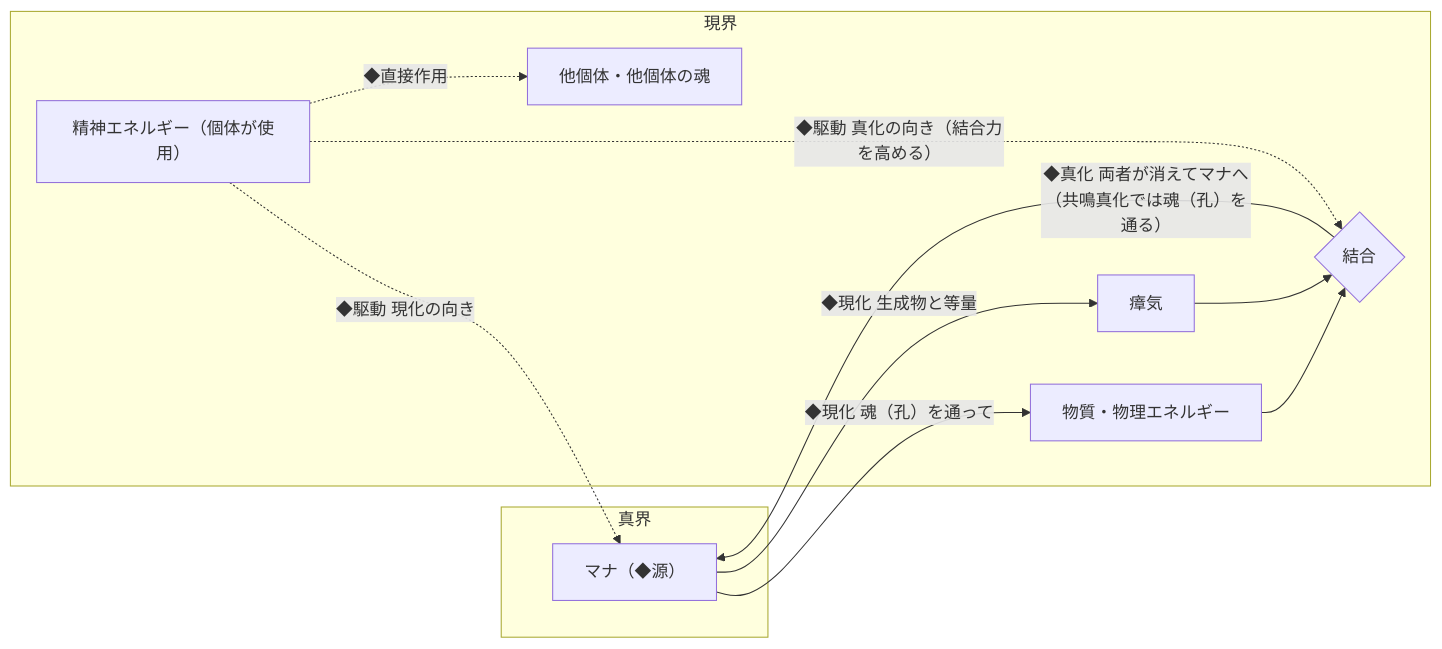
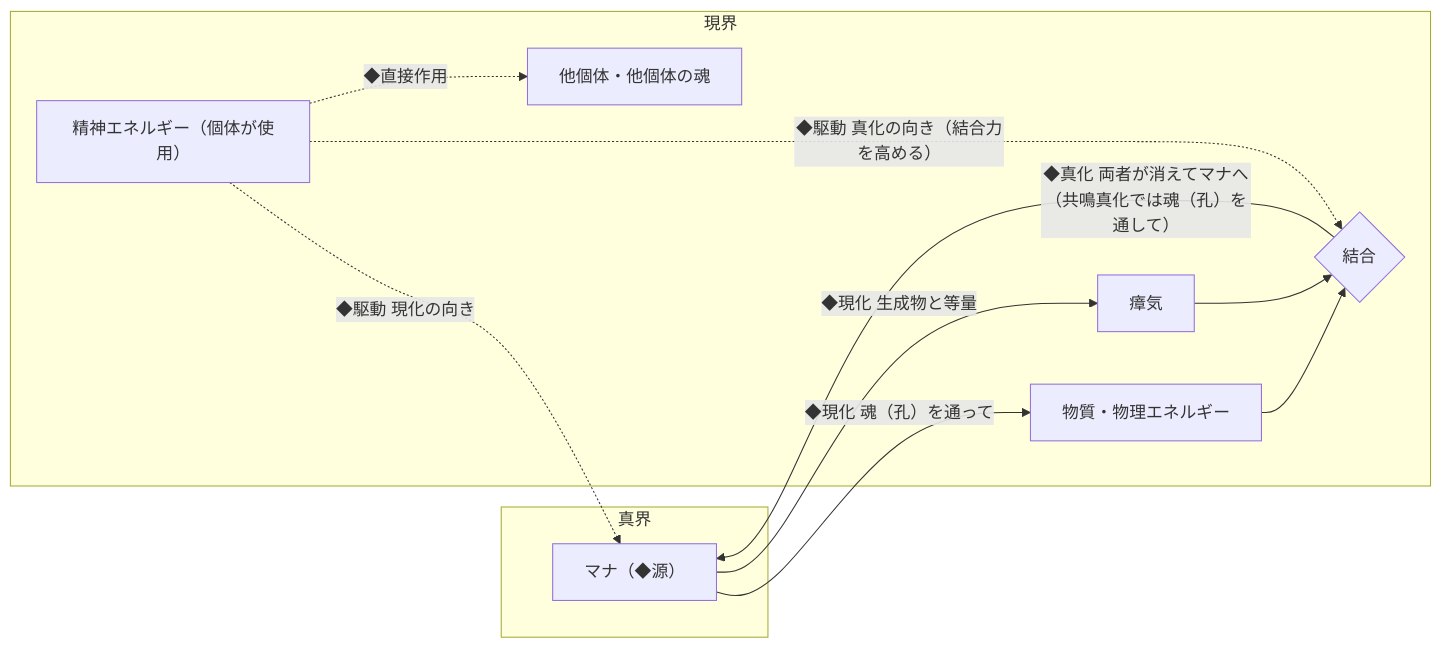
One commit to nnnstett/WorldMaterial_Mana changed the diagram in world/README.md. Above: the diagram before and after it, drawn with Mermaid. The commit also changed other lines of this file and 7 other files, not shown here.

````diff
--- a/world/README.md
+++ b/world/README.md
@@ -23,21 +23,21 @@
 ```mermaid
 flowchart LR
   subgraph S["真界"]
     M["マナ（◆源）"]
   end
   subgraph G["現界"]
     P["物質・物理エネルギー"]
     Z["瘴気"]
     B{"結合"}
     E["精神エネルギー（個体が使用）"]
     O["他個体・他個体の魂"]
   end
   M -->|"◆現化 魂（孔）を通って"| P
   M -->|"◆現化 生成物と等量"| Z
   P --> B
   Z --> B
-  B -->|"◆真化 両者が消えてマナへ（共鳴真化では魂（孔）を通る）"| M
+  B -->|"◆真化 両者が消えてマナへ（共鳴真化では魂（孔）を通して）"| M
   E -.->|"◆駆動 現化の向き"| M
   E -.->|"◆駆動 真化の向き（結合力を高める）"| B
   E -.->|"◆直接作用"| O
 ```
````
